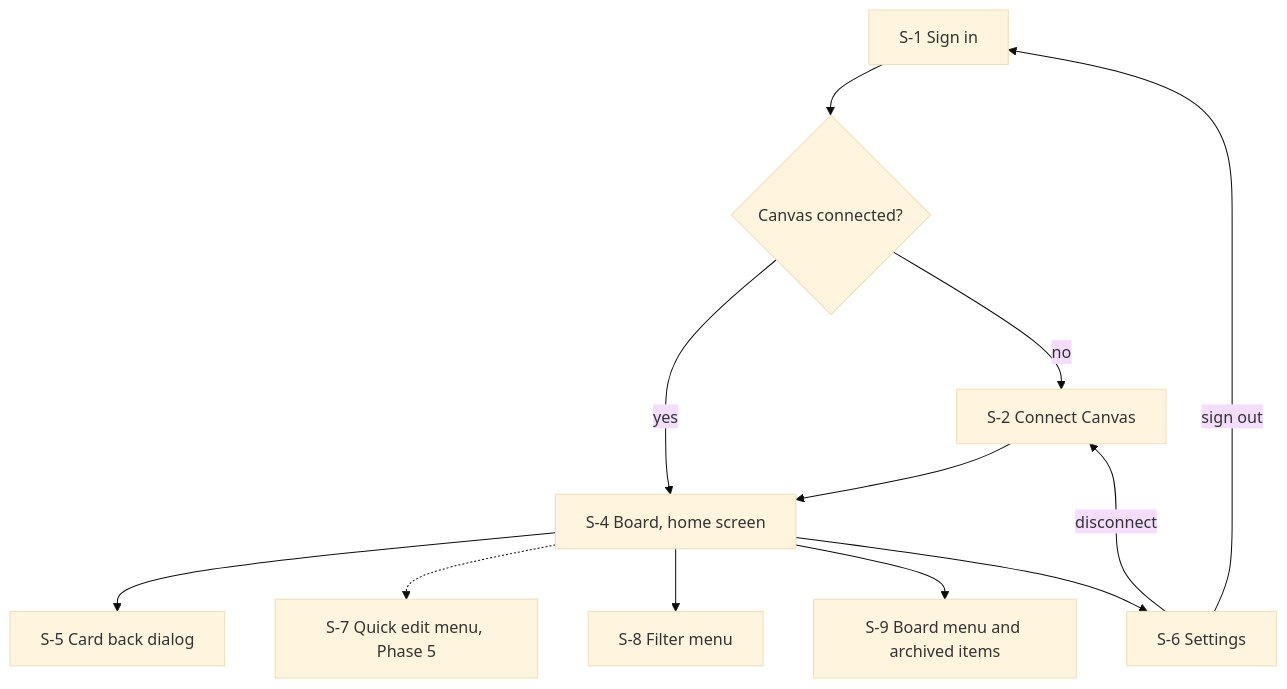
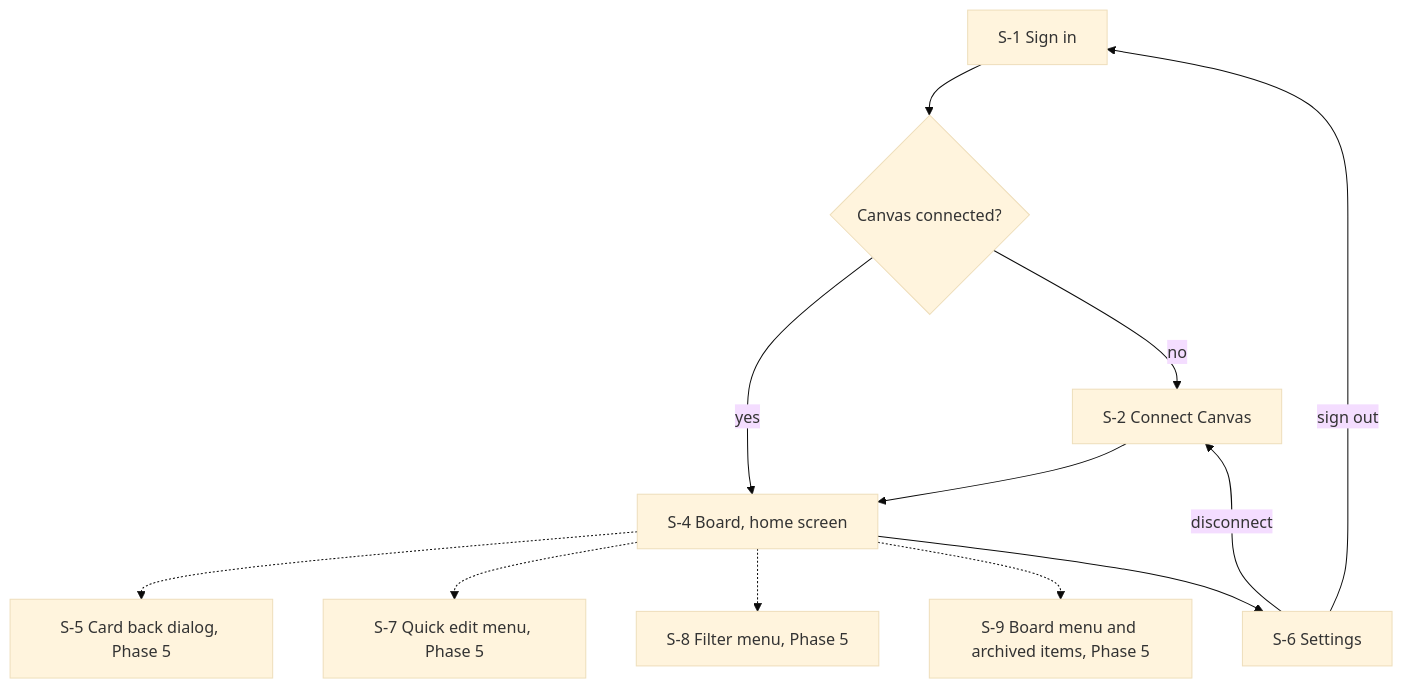
Before and after one commit to bbranton/TestProj: the first of 9 diagrams in docs/canvas-portal/04-wireframes-workflows.md, drawn with Mermaid (base theme). The commit also changed other lines of this file and 4 other files, not shown here.

````diff
--- a/docs/canvas-portal/04-wireframes-workflows.md
+++ b/docs/canvas-portal/04-wireframes-workflows.md
@@ -17,14 +17,14 @@
 ```mermaid
 flowchart TD
     S1[S-1 Sign in] --> Q{Canvas connected?}
     Q -- no --> S2[S-2 Connect Canvas]
     Q -- yes --> S4[S-4 Board, home screen]
     S2 --> S4
-    S4 --> S5[S-5 Card back dialog]
+    S4 -.-> S5[S-5 Card back dialog, Phase 5]
     S4 -.-> S7[S-7 Quick edit menu, Phase 5]
-    S4 --> S8[S-8 Filter menu]
-    S4 --> S9[S-9 Board menu and archived items]
+    S4 -.-> S8[S-8 Filter menu, Phase 5]
+    S4 -.-> S9[S-9 Board menu and archived items, Phase 5]
     S4 --> S6[S-6 Settings]
     S6 -- disconnect --> S2
     S6 -- sign out --> S1
 ```
````
